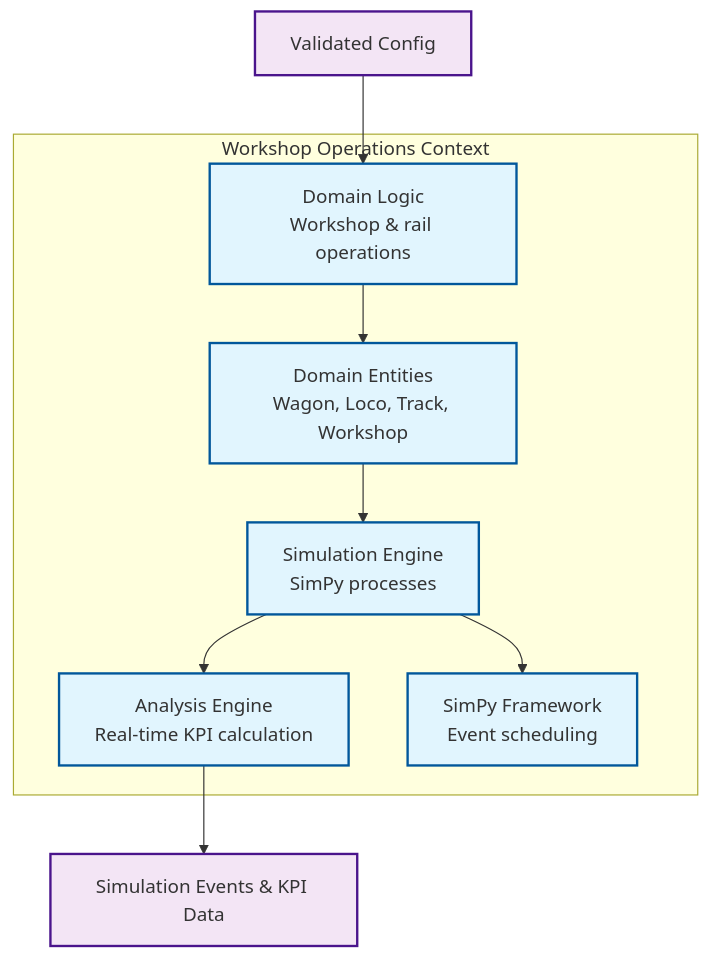
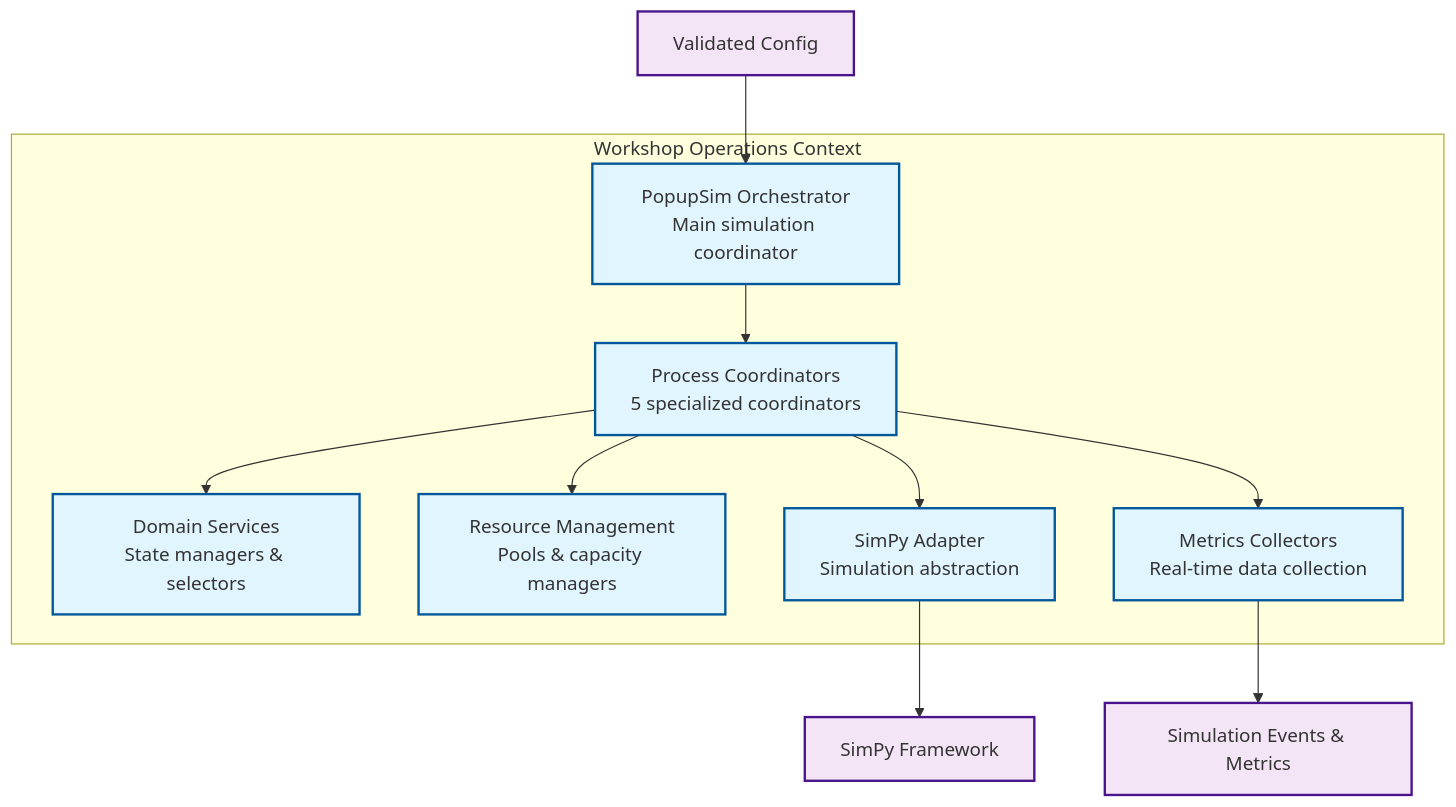
The fourth of 7 diagrams in docs/mvp/architecture/05-building-blocks.md (OpenRailAssociation/dac-migration-dss-popupsim), drawn with Mermaid before and after one commit. The commit also changed other lines of this file and 7 other files, not shown here.

````diff
--- a/docs/mvp/architecture/05-building-blocks.md
+++ b/docs/mvp/architecture/05-building-blocks.md
@@ -126,23 +303,26 @@
 ```mermaid
 graph TB
     subgraph "Workshop Operations Context"
-        DomainLogic["Domain Logic<br/>Workshop & rail operations"]
-        Entities["Domain Entities<br/>Wagon, Loco, Track, Workshop"]
-        SimEngine["Simulation Engine<br/>SimPy processes"]
-        AnalysisEngine["Analysis Engine<br/>Real-time KPI calculation"]
-        SimPy["SimPy Framework<br/>Event scheduling"]
+        Orchestrator["PopupSim Orchestrator<br/>Main simulation coordinator"]
+        Coordinators["Process Coordinators<br/>5 specialized coordinators"]
+        Domain["Domain Services<br/>State managers & selectors"]
+        Resources["Resource Management<br/>Pools & capacity managers"]
+        SimAdapter["SimPy Adapter<br/>Simulation abstraction"]
+        Collectors["Metrics Collectors<br/>Real-time data collection"]
     end
 
-    Config[Validated Config] --> DomainLogic
-    DomainLogic --> Entities
-    Entities --> SimEngine
-    SimEngine --> SimPy
-    SimEngine --> AnalysisEngine
-    AnalysisEngine --> Results[Simulation Events & KPI Data]
+    Config[Validated Config] --> Orchestrator
+    Orchestrator --> Coordinators
+    Coordinators --> Domain
+    Coordinators --> Resources
+    Coordinators --> SimAdapter
+    SimAdapter --> SimPy[SimPy Framework]
+    Coordinators --> Collectors
+    Collectors --> Results[Simulation Events & Metrics]
 
     classDef component fill:#e1f5fe,stroke:#01579b,stroke-width:2px
     classDef external fill:#f3e5f5,stroke:#4a148c,stroke-width:2px
 
-    class DomainLogic,Entities,SimEngine,AnalysisEngine,SimPy component
-    class Config,Results external
+    class Orchestrator,Coordinators,Domain,Resources,SimAdapter,Collectors component
+    class Config,Results,SimPy external
 ```
````
